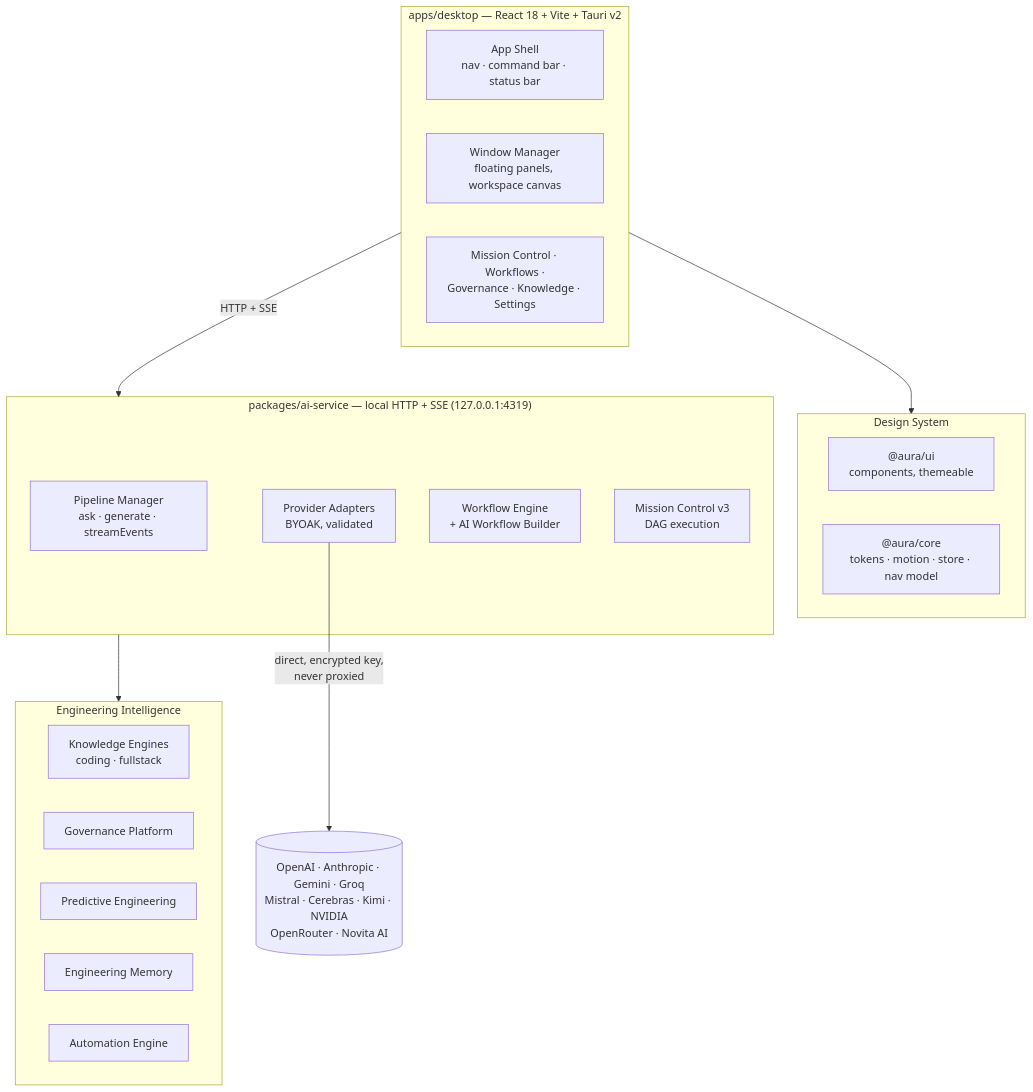
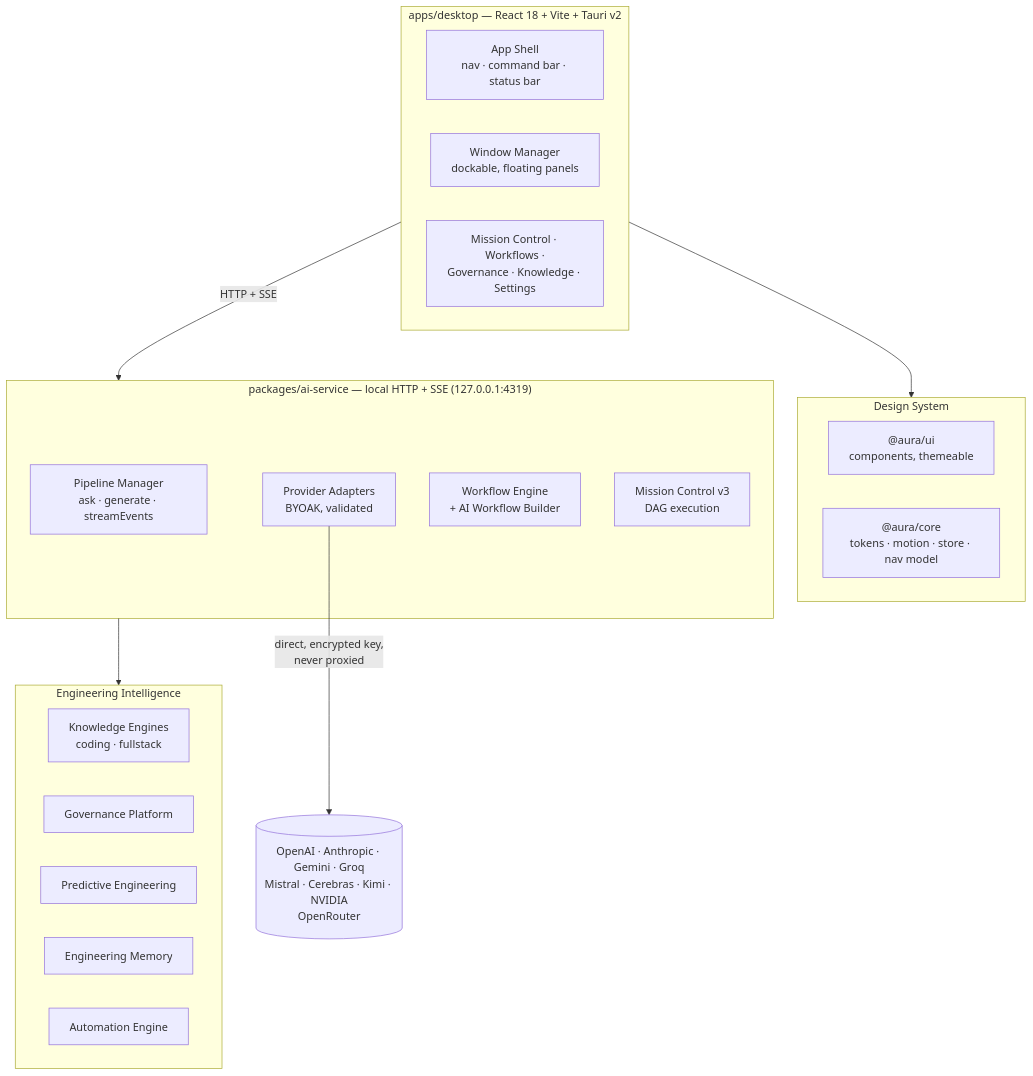
The diagram in README.md (Aura-hub-ai-native-workspace/aura-hub), drawn with Mermaid before and after one commit. The commit also changed other lines of this file and 4 other files, not shown here.

````diff
--- a/README.md
+++ b/README.md
@@ -114,35 +113,35 @@
 ```mermaid
 graph TD
     subgraph Desktop["apps/desktop — React 18 + Vite + Tauri v2"]
         Shell["App Shell<br/>nav · command bar · status bar"]
-        Workspace["Window Manager<br/>floating panels, workspace canvas"]
+        Workspace["Window Manager<br/>dockable, floating panels"]
         Screens["Mission Control · Workflows ·<br/>Governance · Knowledge · Settings"]
     end
 
     subgraph Design["Design System"]
         UI["@aura/ui<br/>components, themeable"]
         Core["@aura/core<br/>tokens · motion · store · nav model"]
     end
 
     subgraph Backend["packages/ai-service — local HTTP + SSE (127.0.0.1:4319)"]
         Pipeline["Pipeline Manager<br/>ask · generate · streamEvents"]
         Provider["Provider Adapters<br/>BYOAK, validated"]
         Workflow["Workflow Engine<br/>+ AI Workflow Builder"]
         Mission["Mission Control v3<br/>DAG execution"]
     end
 
     subgraph Intelligence["Engineering Intelligence"]
         Knowledge["Knowledge Engines<br/>coding · fullstack"]
         Governance["Governance Platform"]
         Predictive["Predictive Engineering"]
         Memory["Engineering Memory"]
         Automation["Automation Engine"]
     end
 
-    Providers[("OpenAI · Anthropic · Gemini · Groq<br/>Mistral · Cerebras · Kimi · NVIDIA<br/>OpenRouter · Novita AI")]
+    Providers[("OpenAI · Anthropic · Gemini · Groq<br/>Mistral · Cerebras · Kimi · NVIDIA<br/>OpenRouter")]
 
     Desktop --> Design
     Desktop -->|"HTTP + SSE"| Backend
     Backend --> Intelligence
     Provider -->|"direct, encrypted key,<br/>never proxied"| Providers
 ```
````
